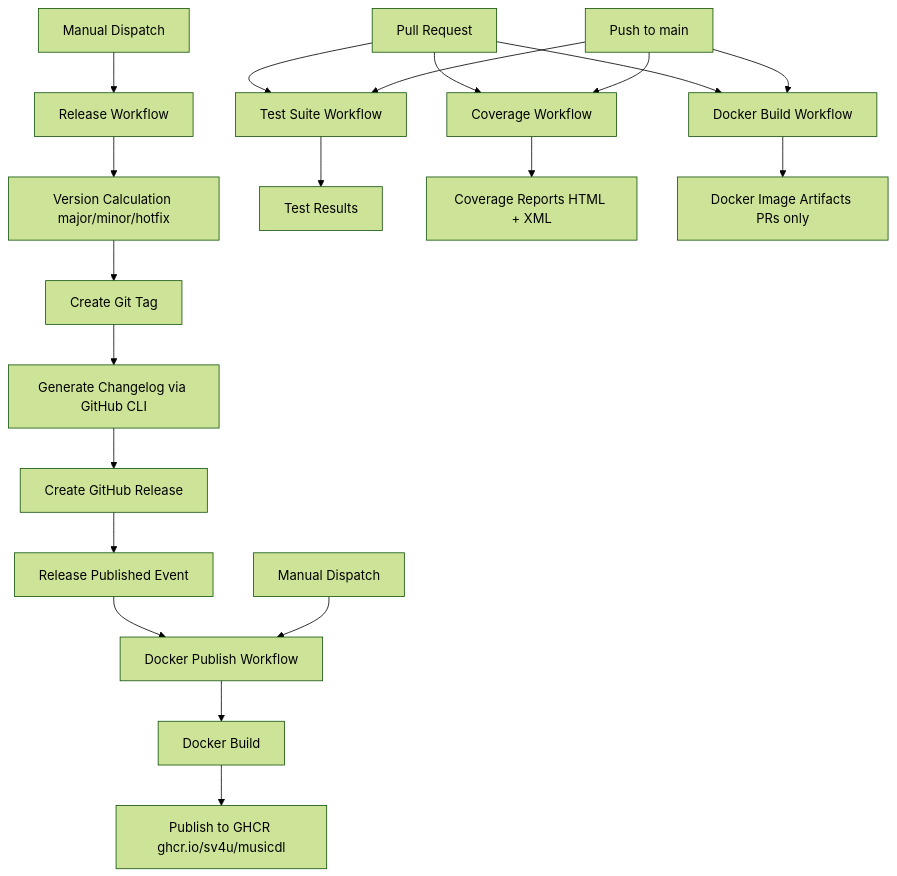
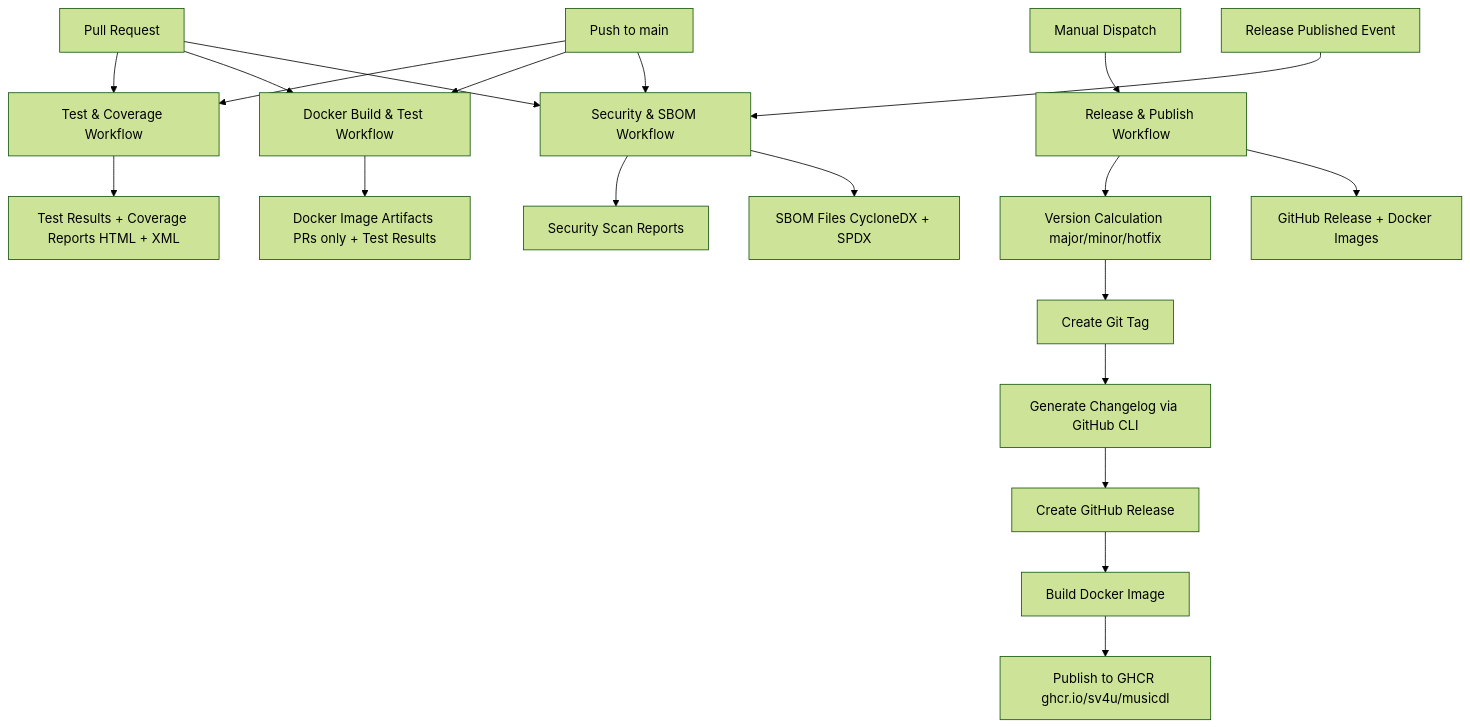
Before and after one commit to sv4u/musicdl: the second of 2 diagrams in README.md, drawn with Mermaid (forest theme). The commit also changed other lines of this file and 9 other files, not shown here.

````diff
--- a/README.md
+++ b/README.md
@@ -304,27 +298,26 @@
 ```mermaid
 flowchart TD
-    PR["Pull Request"] --> TestWorkflow["Test Suite Workflow"]
-    PR --> CoverageWorkflow["Coverage Workflow"]
-    PR --> DockerBuildWorkflow["Docker Build Workflow"]
+    PR["Pull Request"] --> TestCoverageWorkflow["Test & Coverage Workflow"]
+    PR --> DockerBuildTestWorkflow["Docker Build & Test Workflow"]
+    PR --> SecuritySBOMWorkflow["Security & SBOM Workflow"]
     
-    PushMain["Push to main"] --> TestWorkflow
-    PushMain --> CoverageWorkflow
-    PushMain --> DockerBuildWorkflow
+    PushMain["Push to main"] --> TestCoverageWorkflow
+    PushMain --> DockerBuildTestWorkflow
+    PushMain --> SecuritySBOMWorkflow
     
-    ManualDispatchRelease["Manual Dispatch"] --> ReleaseWorkflow["Release Workflow"]
-    ReleaseWorkflow --> VersionCalc["Version Calculation major/minor/hotfix"]
+    ManualDispatch["Manual Dispatch"] --> ReleasePublishWorkflow["Release & Publish Workflow"]
+    ReleasePublishWorkflow --> VersionCalc["Version Calculation major/minor/hotfix"]
     VersionCalc --> TagCreation["Create Git Tag"]
     TagCreation --> ChangelogGen["Generate Changelog via GitHub CLI"]
     ChangelogGen --> ReleaseCreate["Create GitHub Release"]
-    ReleaseCreate --> ReleaseEvent["Release Published Event"]
-    ReleaseEvent --> DockerPublishWorkflow["Docker Publish Workflow"]
+    ReleaseCreate --> DockerBuild["Build Docker Image"]
+    DockerBuild --> GHCRPublish["Publish to GHCR ghcr.io/sv4u/musicdl"]
     
-    ManualDispatchDocker["Manual Dispatch"] --> DockerPublishWorkflow
+    ReleaseEvent["Release Published Event"] --> SecuritySBOMWorkflow
     
-    TestWorkflow --> TestResults["Test Results"]
-    CoverageWorkflow --> CoverageArtifacts["Coverage Reports HTML + XML"]
-    DockerBuildWorkflow --> DockerArtifacts["Docker Image Artifacts PRs only"]
-    
-    DockerPublishWorkflow --> DockerBuild["Docker Build"]
-    DockerBuild --> GHCRPublish["Publish to GHCR ghcr.io/sv4u/musicdl"]
+    TestCoverageWorkflow --> TestResults["Test Results + Coverage Reports HTML + XML"]
+    DockerBuildTestWorkflow --> DockerArtifacts["Docker Image Artifacts PRs only + Test Results"]
+    SecuritySBOMWorkflow --> SecurityReports["Security Scan Reports"]
+    SecuritySBOMWorkflow --> SBOMFiles["SBOM Files CycloneDX + SPDX"]
+    ReleasePublishWorkflow --> ReleaseArtifacts["GitHub Release + Docker Images"]
 ```
````
